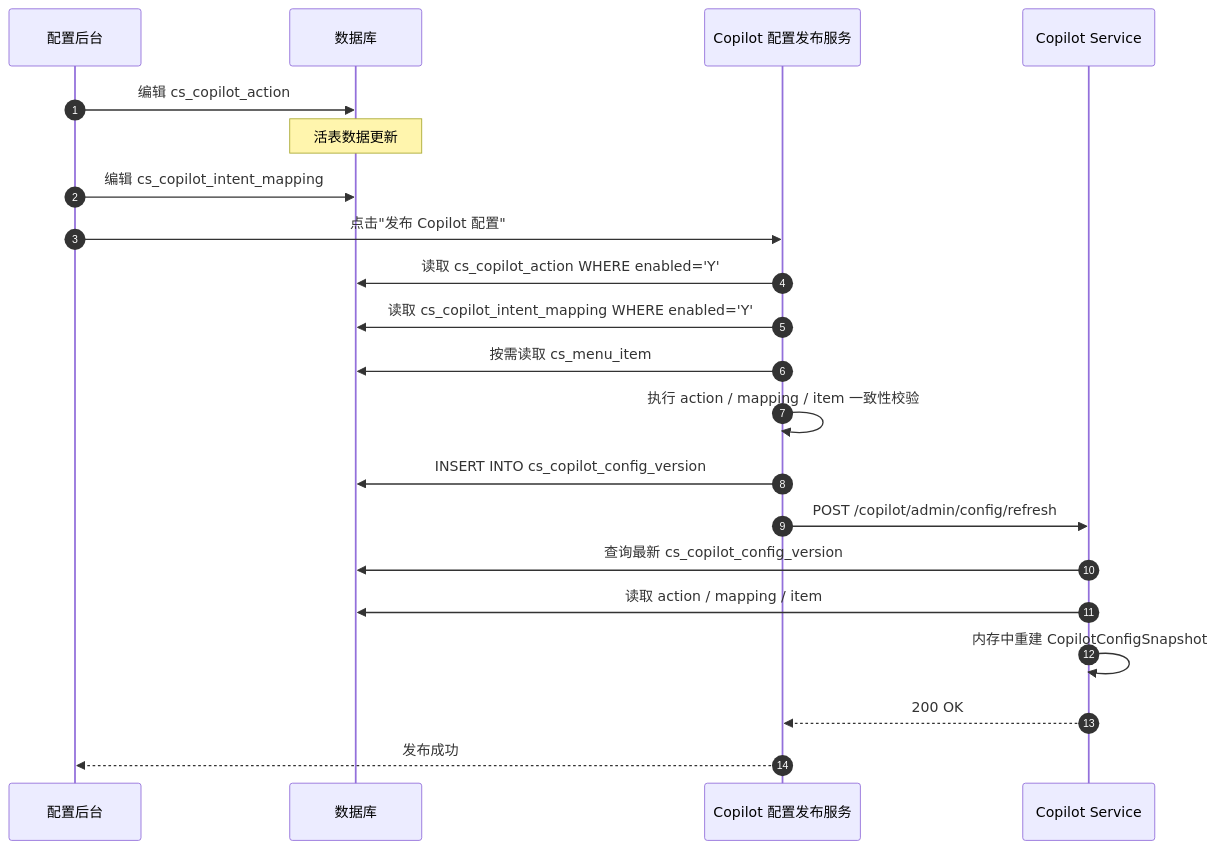
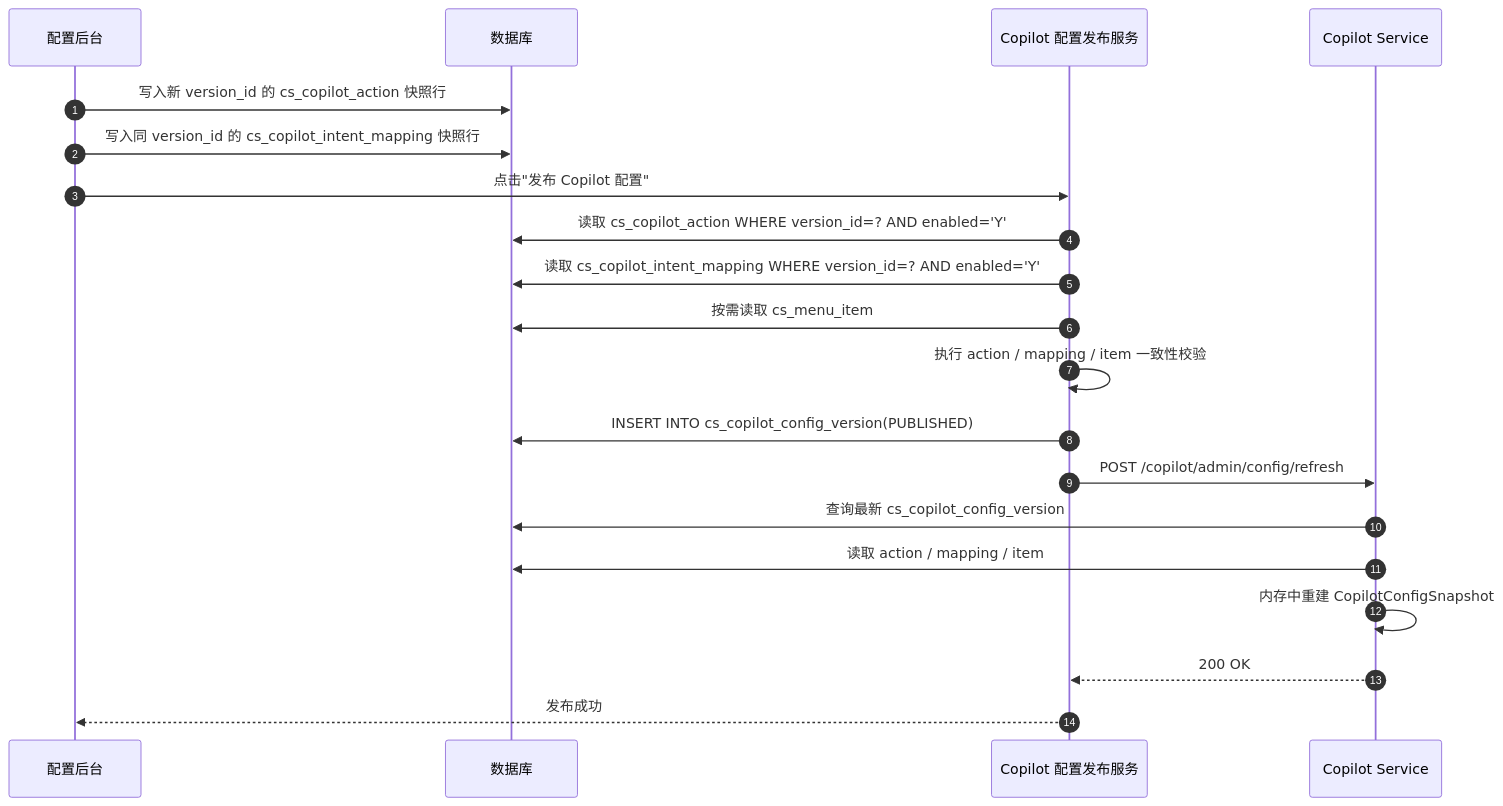
Before and after one commit to qzz617/copilot: diagram 21 of 24 in cs-copilot-service/docs/dd-v1.2.md, drawn with Mermaid. The commit also changed other lines of this file and 17 other files, not shown here.

Commit message:
Fix copilot config versioning and params

````diff
--- a/cs-copilot-service/docs/dd-v1.2.md
+++ b/cs-copilot-service/docs/dd-v1.2.md
@@ -3448,28 +3484,27 @@
 ```mermaid
 sequenceDiagram
     autonumber
     participant Admin as 配置后台
     participant DB as 数据库
     participant Pub as Copilot 配置发布服务
     participant SVC as Copilot Service
 
-    Admin->>DB: 编辑 cs_copilot_action
-    Note over DB: 活表数据更新
-    Admin->>DB: 编辑 cs_copilot_intent_mapping
+    Admin->>DB: 写入新 version_id 的 cs_copilot_action 快照行
+    Admin->>DB: 写入同 version_id 的 cs_copilot_intent_mapping 快照行
     Admin->>Pub: 点击"发布 Copilot 配置"
 
-    Pub->>DB: 读取 cs_copilot_action WHERE enabled='Y'
-    Pub->>DB: 读取 cs_copilot_intent_mapping WHERE enabled='Y'
+    Pub->>DB: 读取 cs_copilot_action WHERE version_id=? AND enabled='Y'
+    Pub->>DB: 读取 cs_copilot_intent_mapping WHERE version_id=? AND enabled='Y'
     Pub->>DB: 按需读取 cs_menu_item
 
     Pub->>Pub: 执行 action / mapping / item 一致性校验
-    Pub->>DB: INSERT INTO cs_copilot_config_version
+    Pub->>DB: INSERT INTO cs_copilot_config_version(PUBLISHED)
 
     Pub->>SVC: POST /copilot/admin/config/refresh
     SVC->>DB: 查询最新 cs_copilot_config_version
     SVC->>DB: 读取 action / mapping / item
     SVC->>SVC: 内存中重建 CopilotConfigSnapshot
     SVC-->>Pub: 200 OK
 
     Pub-->>Admin: 发布成功
 ```
````
